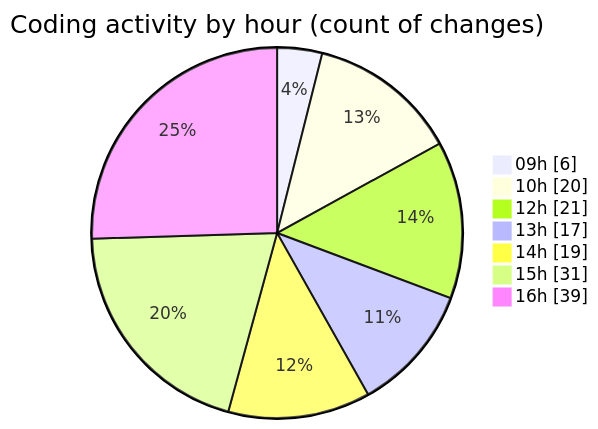
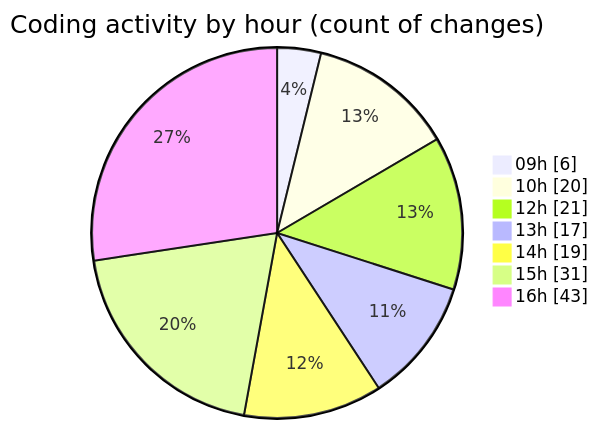
The second of 2 diagrams in 2026-02-18/bot_v1_2/README.md (becaeroporto-bot/code-tracking), drawn with Mermaid before and after one commit. The commit also changed other lines of this file and 1 other file, not shown here.

````diff
--- a/2026-02-18/bot_v1_2/README.md
+++ b/2026-02-18/bot_v1_2/README.md
@@ -57,11 +57,11 @@
 ```mermaid
 pie showData
 title Coding activity by hour (count of changes)
 "09h" : 6
 "10h" : 20
 "12h" : 21
 "13h" : 17
 "14h" : 19
 "15h" : 31
-"16h" : 39
+"16h" : 43
 ```
````
